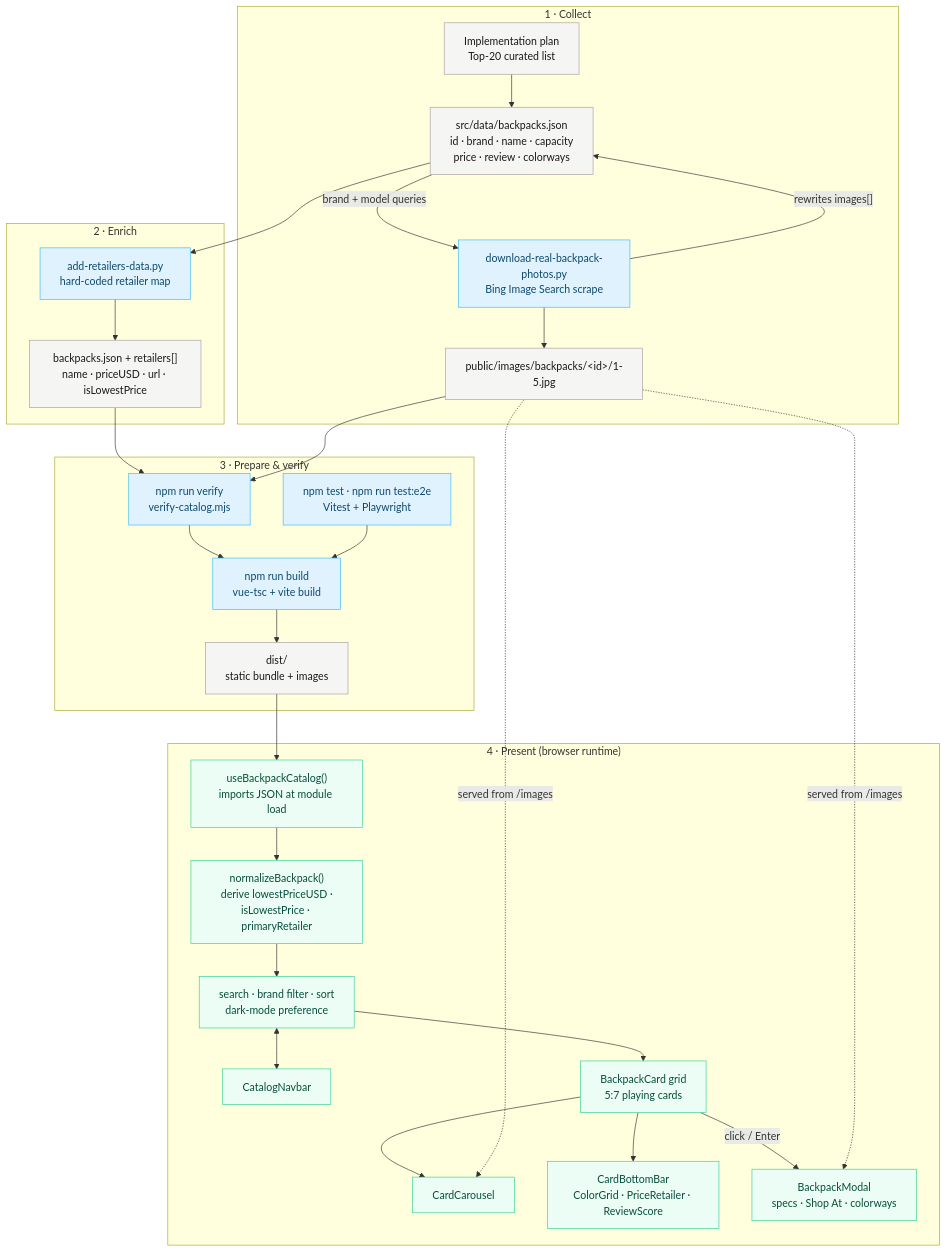
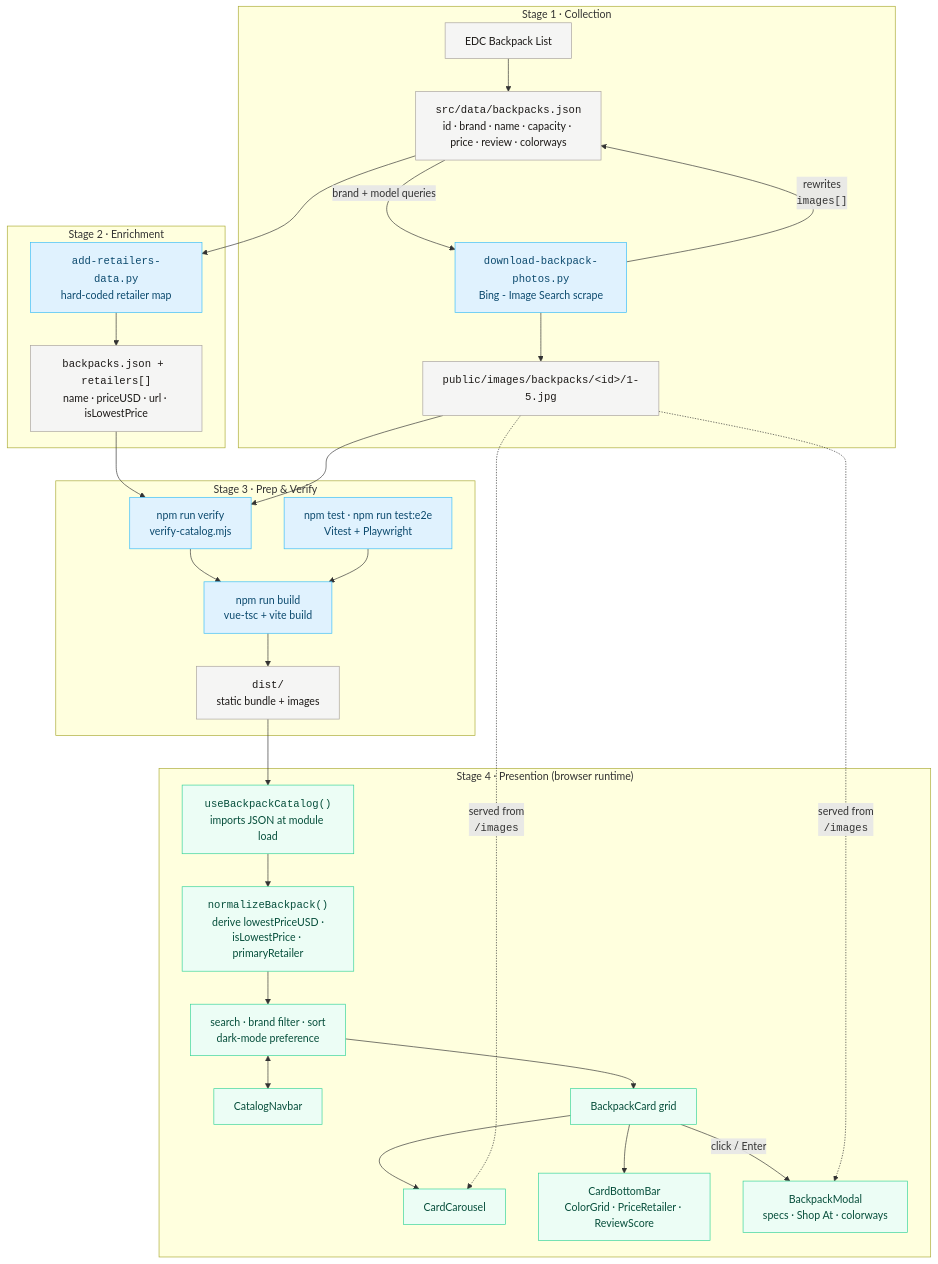
One commit to davidgardner11/edc-catalog-antigravity changed the diagram in README.md. Above: the diagram before and after it, drawn with Mermaid. The commit also changed other lines of this file, not shown here.

Commit message:
clean up mermaid diagram

````diff
--- a/README.md
+++ b/README.md
@@ -27,57 +27,57 @@
 ```mermaid
 flowchart TD
-    subgraph collect["1 · Collect"]
-        plan["Implementation plan<br/>Top-20 curated list"]
-        json0["src/data/backpacks.json<br/>id · brand · name · capacity<br/>price · review · colorways"]
-        bing["download-real-backpack-photos.py<br/>Bing Image Search scrape"]
-        jpgs["public/images/backpacks/&lt;id&gt;/1-5.jpg"]
+    subgraph collection["Stage 1 · Collection"]
+        plan["EDC Backpack List"]
+        json0["<code>src/data/backpacks.json</code><br/>id · brand · name · capacity · price · review · colorways"]
+        bing["<code>download-backpack-photos.py</code><br/>Bing - Image Search scrape"]
+        jpgs["<code>public/images/backpacks/&lt;id&gt;/1-5.jpg</code>"]
         plan --> json0
         json0 -- "brand + model queries" --> bing
         bing --> jpgs
-        bing -- "rewrites images[]" --> json0
+        bing -- "rewrites</br> <code>images[]</code>" --> json0
     end
 
-    subgraph enrich["2 · Enrich"]
-        retail["add-retailers-data.py<br/>hard-coded retailer map"]
-        json1["backpacks.json + retailers[]<br/>name · priceUSD · url · isLowestPrice"]
+    subgraph enrichment["Stage 2 · Enrichment"]
+        retail["<code>add-retailers-data.py</code><br/>hard-coded retailer map"]
+        json1["<code>backpacks.json + retailers[]</code><br/>name · priceUSD · url · isLowestPrice"]
         json0 --> retail --> json1
     end
 
-    subgraph prepare["3 · Prepare & verify"]
+    subgraph preparation["Stage 3 · Prep & Verify"]
         verify["npm run verify<br/>verify-catalog.mjs"]
         tests["npm test · npm run test:e2e<br/>Vitest + Playwright"]
         build["npm run build<br/>vue-tsc + vite build"]
-        dist["dist/<br/>static bundle + images"]
+        dist["<code>dist/</code><br/>static bundle + images"]
         json1 --> verify
         jpgs --> verify
         verify --> build
         tests --> build
         build --> dist
     end
 
-    subgraph present["4 · Present (browser runtime)"]
-        load["useBackpackCatalog()<br/>imports JSON at module load"]
-        norm["normalizeBackpack()<br/>derive lowestPriceUSD ·<br/>isLowestPrice · primaryRetailer"]
+    subgraph presention["Stage 4 · Presention (browser runtime)"]
+        load["<code>useBackpackCatalog()</code><br/>imports JSON at module load"]
+        norm["<code>normalizeBackpack()</code><br/>derive lowestPriceUSD ·<br/>isLowestPrice · primaryRetailer"]
         state["search · brand filter · sort<br/>dark-mode preference"]
         navbar["CatalogNavbar"]
-        grid["BackpackCard grid<br/>5:7 playing cards"]
+        grid["BackpackCard grid"]
         carousel["CardCarousel"]
         bar["CardBottomBar<br/>ColorGrid · PriceRetailer · ReviewScore"]
         modal["BackpackModal<br/>specs · Shop At · colorways"]
         dist --> load --> norm --> state
         state <--> navbar
         state --> grid
         grid --> carousel
         grid --> bar
         grid -- "click / Enter" --> modal
-        jpgs -. "served from /images" .-> carousel
-        jpgs -. "served from /images" .-> modal
+        jpgs -. "served from</br> <code>/images</code>" .-> carousel
+        jpgs -. "served from</br> <code>/images</code>" .-> modal
     end
 
     classDef file fill:#f5f5f4,stroke:#a8a29e,color:#1c1917
     classDef script fill:#e0f2fe,stroke:#38bdf8,color:#0c4a6e
     classDef runtime fill:#ecfdf5,stroke:#34d399,color:#064e3b
     class json0,json1,jpgs,dist,plan file
     class bing,retail,verify,tests,build script
     class load,norm,state,navbar,grid,carousel,bar,modal runtime
 ```
````
